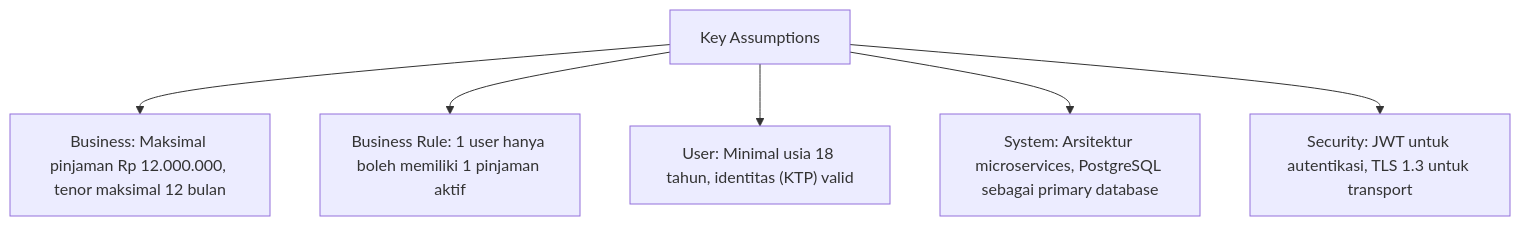
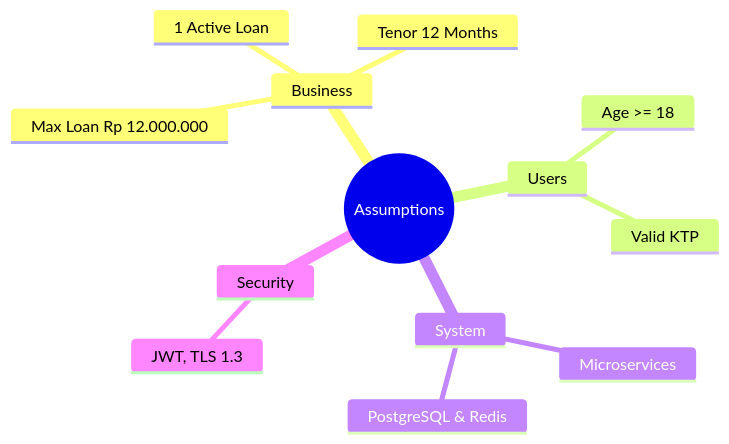
One commit to miftahul-a/PT-XYZ-FinTech-Mobile-Lending-Application changed the tenth of 10 diagrams in README.md. Above: the diagram before and after it, drawn with Mermaid. The commit also changed other lines of this file, not shown here.

Commit message:
fix: mermaid code, api design, screen flow

````diff
--- a/README.md
+++ b/README.md
@@ -335,9 +380,16 @@
 ```mermaid
-graph TD
-A["Key Assumptions"]
-A --> B["Business: Maksimal pinjaman Rp 12.000.000, tenor maksimal 12 bulan"]
-A --> R["Business Rule: 1 user hanya boleh memiliki 1 pinjaman aktif"]
-A --> U["User: Minimal usia 18 tahun, identitas (KTP) valid"]
-A --> S["System: Arsitektur microservices, PostgreSQL sebagai primary database"]
-A --> Sec["Security: JWT untuk autentikasi, TLS 1.3 untuk transport"]
+mindmap
+  root((Assumptions))
+    Business
+      Max Loan Rp 12.000.000
+      Tenor 12 Months
+      1 Active Loan
+    Users
+      Age >= 18
+      Valid KTP
+    System
+      Microservices
+      PostgreSQL & Redis
+    Security
+      JWT, TLS 1.3
 ```
````
